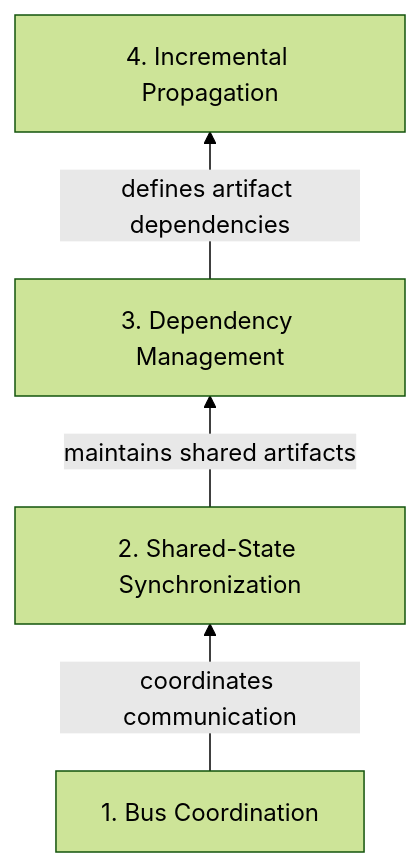
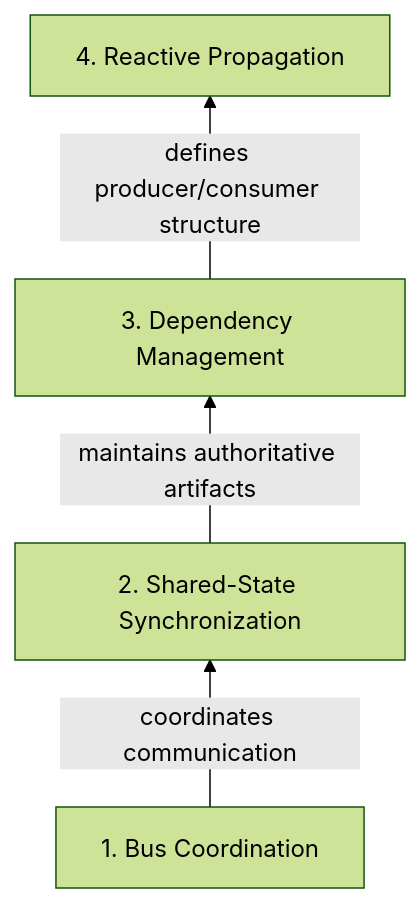
Before and after one commit to aam-cloudsky/Reed: the first of 10 diagrams in docs/architecture.md, drawn with Mermaid (forest theme). The commit also changed other lines of this file, not shown here.

````diff
--- a/docs/architecture.md
+++ b/docs/architecture.md
@@ -12,11 +19,11 @@
 ```mermaid
 flowchart BT
     B["1. Bus Coordination"]
     S["2. Shared-State Synchronization"]
     D["3. Dependency Management"]
-    P["4. Incremental Propagation"]
+    P["4. Reactive Propagation"]
 
     B -->|"coordinates communication"| S
-    S -->|"maintains shared artifacts"| D
-    D -->|"defines artifact dependencies"| P
+    S -->|"maintains authoritative artifacts"| D
+    D -->|"defines producer/consumer structure"| P
 ```
````
